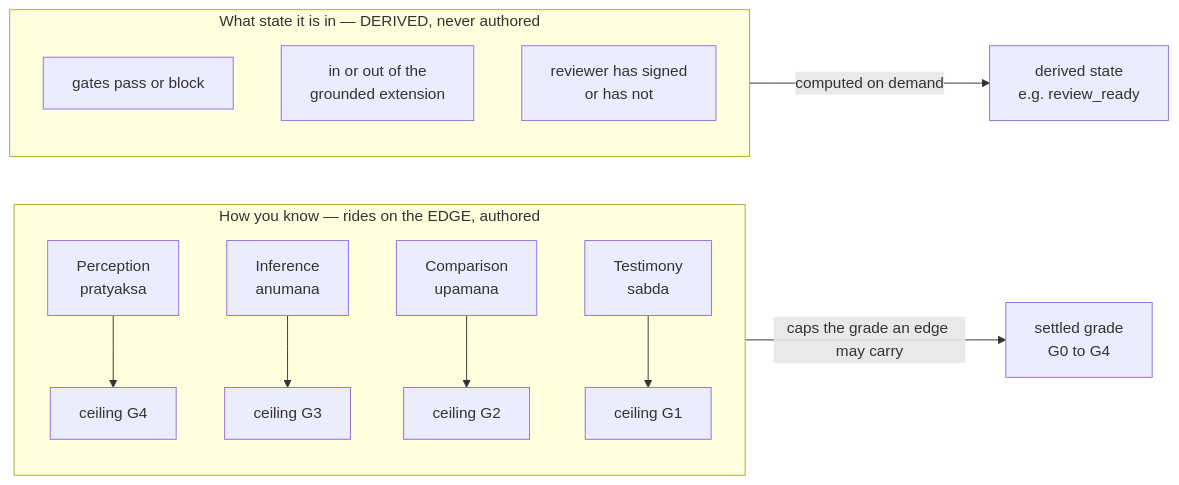
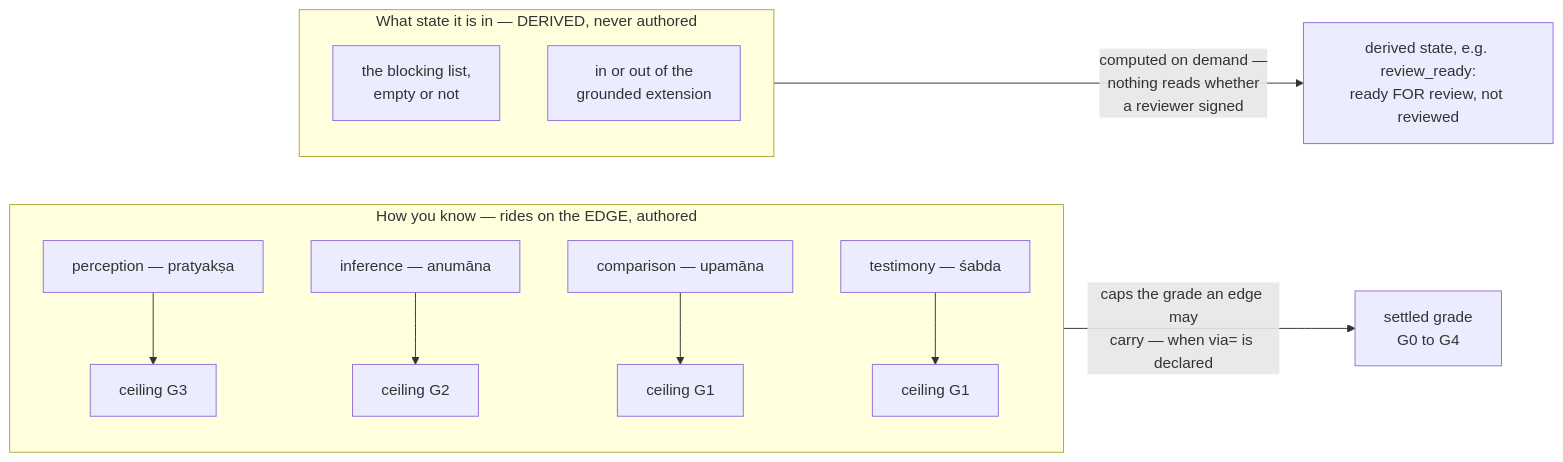
The fourth of 7 diagrams in docs/architecture.md (SecurityRonin/peira), drawn with Mermaid before and after one commit. The commit also changed other lines of this file and 4 other files, not shown here.

````diff
--- a/docs/architecture.md
+++ b/docs/architecture.md
@@ -75,20 +178,19 @@
 ```mermaid
 flowchart LR
     subgraph MOK["How you know — rides on the EDGE, authored"]
         direction TB
-        P1["Perception<br/>pratyaksa"] --> C1["ceiling G4"]
-        P2["Inference<br/>anumana"] --> C2["ceiling G3"]
-        P3["Comparison<br/>upamana"] --> C3["ceiling G2"]
-        P4["Testimony<br/>sabda"] --> C4["ceiling G1"]
+        P1["perception — pratyakṣa"] --> C1["ceiling G3"]
+        P2["inference — anumāna"] --> C2["ceiling G2"]
+        P3["comparison — upamāna"] --> C3["ceiling G1"]
+        P4["testimony — śabda"] --> C4["ceiling G1"]
     end
 
     subgraph ST["What state it is in — DERIVED, never authored"]
         direction TB
-        S1["gates pass or block"]
+        S1["the blocking list,<br/>empty or not"]
         S2["in or out of the<br/>grounded extension"]
-        S3["reviewer has signed<br/>or has not"]
     end
 
-    MOK -->|"caps the grade an edge may carry"| GR["settled grade<br/>G0 to G4"]
-    ST -->|"computed on demand"| DS["derived state<br/>e.g. review_ready"]
+    MOK -->|"caps the grade an edge may<br/>carry — when via= is declared"| GR["settled grade<br/>G0 to G4"]
+    ST -->|"computed on demand —<br/>nothing reads whether<br/>a reviewer signed"| DS["derived state, e.g. review_ready:<br/>ready FOR review, not reviewed"]
 ```
````
